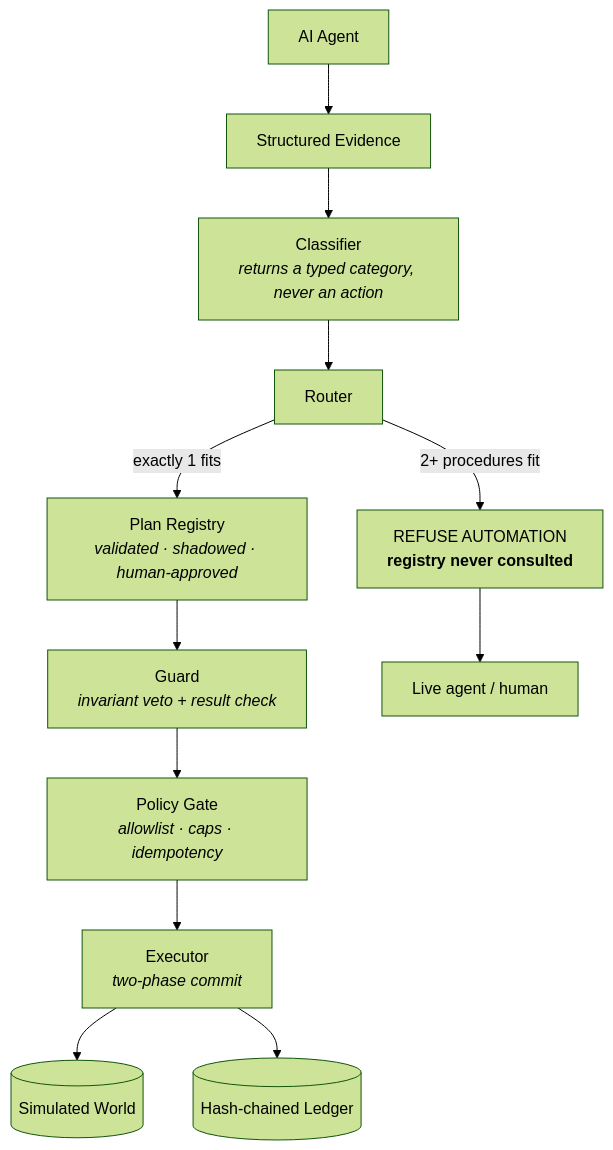
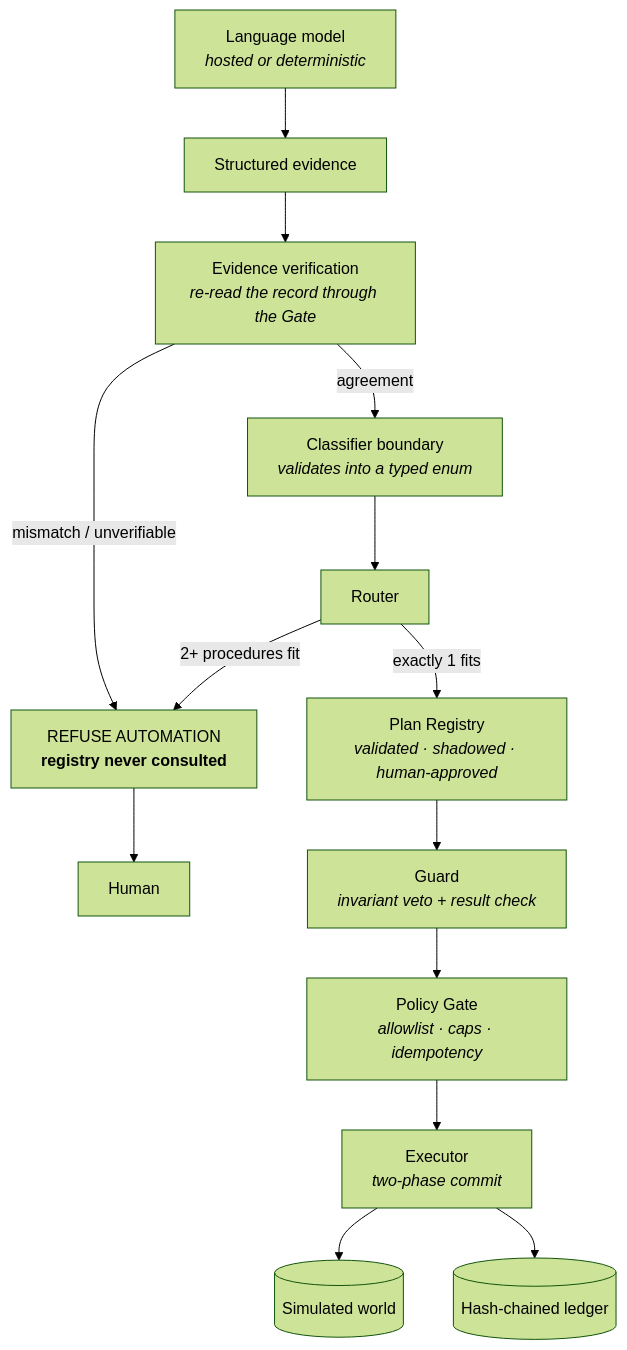
Before and after one commit to AyushSingh110/ROTE: the diagram in README.md, drawn with Mermaid (forest theme). The commit also changed other lines of this file, not shown here.

Commit message:
containerise with non-root uid 1000 and port 7860, bind before warmup with honest readiness, and add the Groq provider — full curated smoke suite green in Docker with real LLM and evidence verification

````diff
--- a/README.md
+++ b/README.md
@@ -99,14 +112,16 @@
 ```mermaid
 flowchart TD
-    A[AI Agent] --> B[Structured Evidence]
-    B --> C[Classifier<br/><i>returns a typed category, never an action</i>]
+    A[Language model<br/><i>hosted or deterministic</i>] --> B[Structured evidence]
+    B --> V[Evidence verification<br/><i>re-read the record through the Gate</i>]
+    V -->|mismatch / unverifiable| R
+    V -->|agreement| C[Classifier boundary<br/><i>validates into a typed enum</i>]
     C --> D[Router]
     D -->|2+ procedures fit| R["REFUSE AUTOMATION<br/><b>registry never consulted</b>"]
     D -->|exactly 1 fits| E[Plan Registry<br/><i>validated · shadowed · human-approved</i>]
     E --> F[Guard<br/><i>invariant veto + result check</i>]
     F --> G[Policy Gate<br/><i>allowlist · caps · idempotency</i>]
     G --> H[Executor<br/><i>two-phase commit</i>]
-    H --> W[(Simulated World)]
-    H --> L[(Hash-chained Ledger)]
-    R --> Z[Live agent / human]
+    H --> W[(Simulated world)]
+    H --> L[(Hash-chained ledger)]
+    R --> Z[Human]
 ```
````
